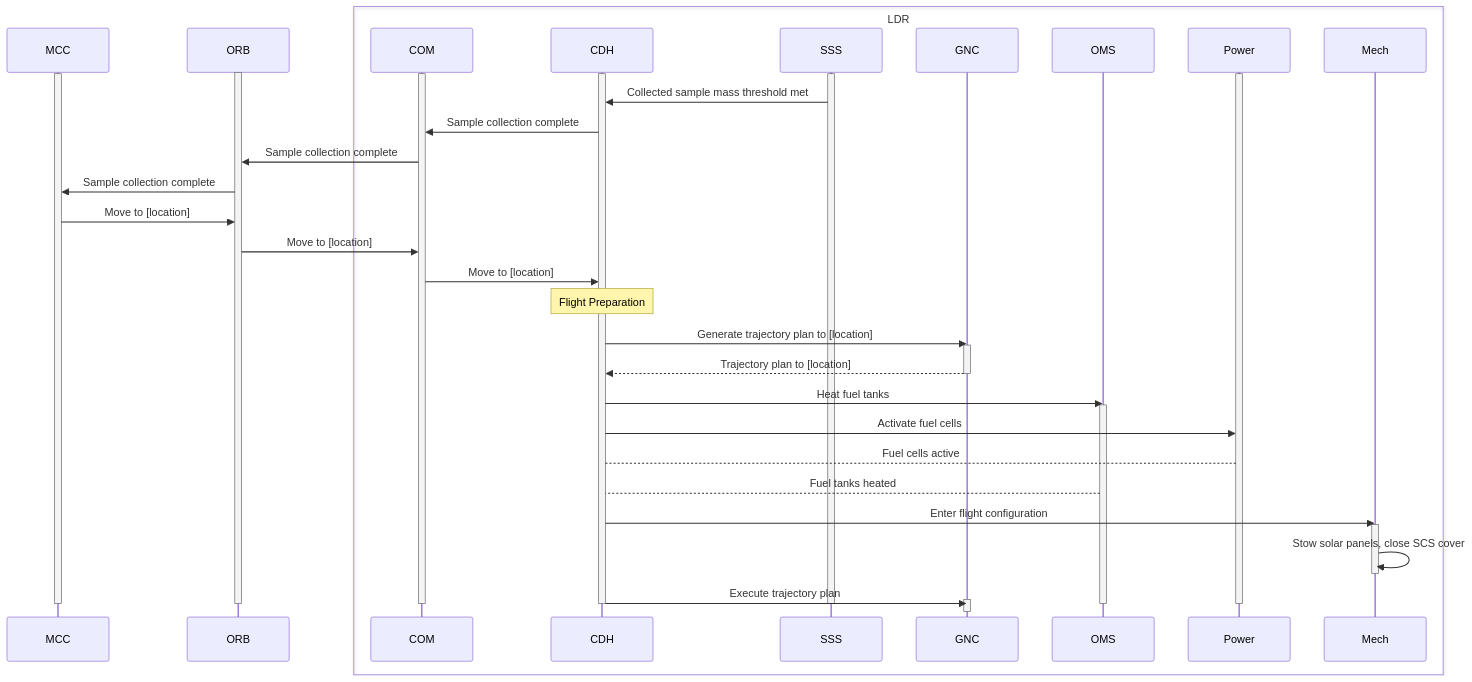
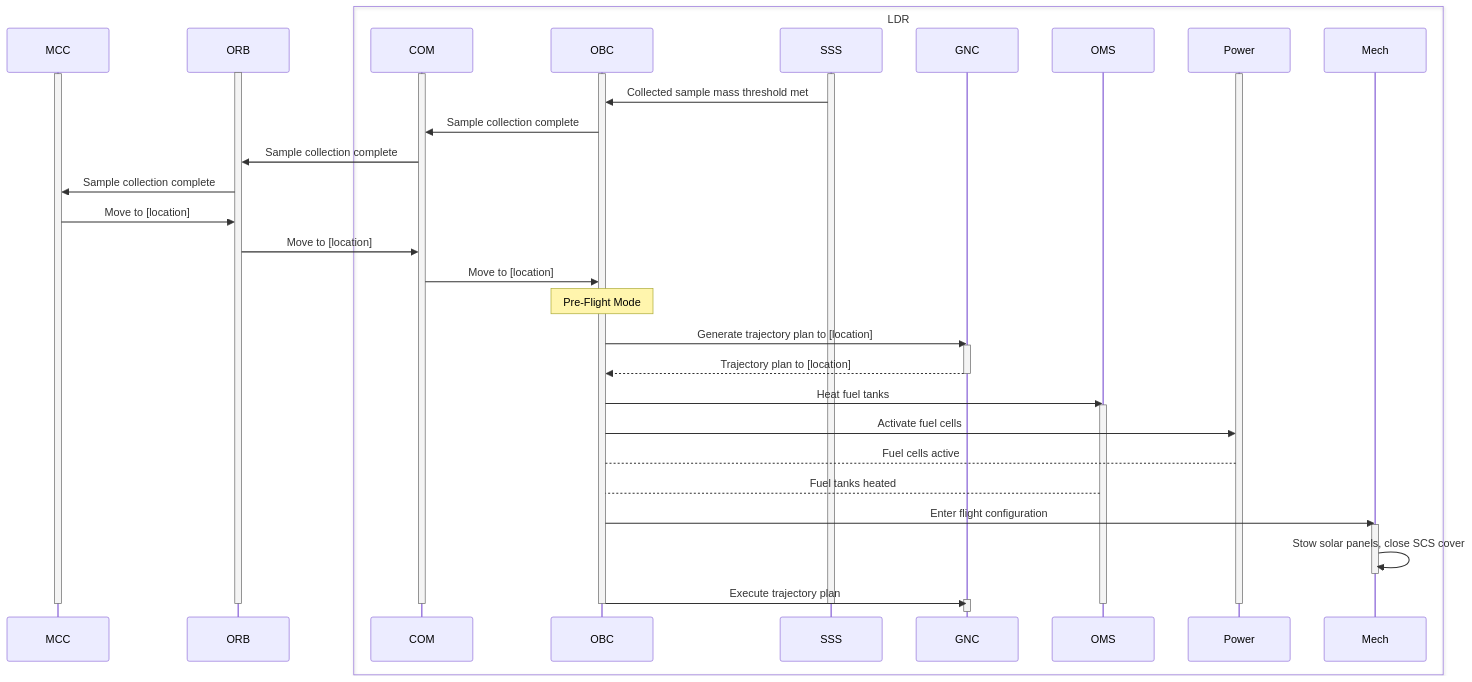
The diagram in diagrams/lander hop sequences/pre-flight.md (DM1122/aer407-enceladus-simulation), drawn with Mermaid before and after one commit. The commit also changed 14 other files, not shown here.

Commit message:
Rename CDH to OBC

````diff
--- a/diagrams/lander hop sequences/pre-flight.md
+++ b/diagrams/lander hop sequences/pre-flight.md
@@ -2,59 +2,58 @@
 ```mermaid 
 sequenceDiagram
     
     participant MCC
     participant ORB
 
     box LDR
         participant COM
-        participant CDH
+        participant OBC
         participant SSS
         participant GNC
         participant OMS
         participant Power
         participant Mech
     end
 
     activate ORB
-    activate CDH
+    activate OBC
     activate COM
     activate SSS
     activate Power
     activate MCC
 
-    SSS ->> CDH: Collected sample mass threshold met
-    CDH ->> COM: Sample collection complete
+    SSS ->> OBC: Collected sample mass threshold met
+    OBC ->> COM: Sample collection complete
     COM ->> ORB: Sample collection complete
     ORB ->> MCC: Sample collection complete
     MCC ->> ORB: Move to [location]
     ORB ->> COM: Move to [location]
-    COM ->> CDH: Move to [location]
+    COM ->> OBC: Move to [location]
 
-    Note over CDH: Flight Preparation
-        CDH ->> GNC: Generate trajectory plan to [location]
+    Note over OBC: Pre-Flight Mode
+        OBC ->> GNC: Generate trajectory plan to [location]
         activate GNC
-        GNC -->> CDH: Trajectory plan to [location]
+        GNC -->> OBC: Trajectory plan to [location]
         deactivate GNC
-        CDH ->> OMS: Heat fuel tanks
+        OBC ->> OMS: Heat fuel tanks
         activate OMS
-        CDH ->> Power: Activate fuel cells
-        Power --> CDH: Fuel cells active
-        OMS --> CDH: Fuel tanks heated
+        OBC ->> Power: Activate fuel cells
+        Power --> OBC: Fuel cells active
+        OMS --> OBC: Fuel tanks heated
 
-        CDH ->> Mech: Enter flight configuration
+        OBC ->> Mech: Enter flight configuration
         activate Mech
         Mech ->> Mech: Stow solar panels, close SCS cover
         deactivate Mech
-        CDH ->> GNC: Execute trajectory plan
+        OBC ->> GNC: Execute trajectory plan
         activate GNC
     
-    deactivate CDH
+    deactivate OBC
     deactivate COM
     deactivate SSS
     deactivate Power
     deactivate ORB
     deactivate MCC
     deactivate GNC
     deactivate OMS
-
 ```
````
